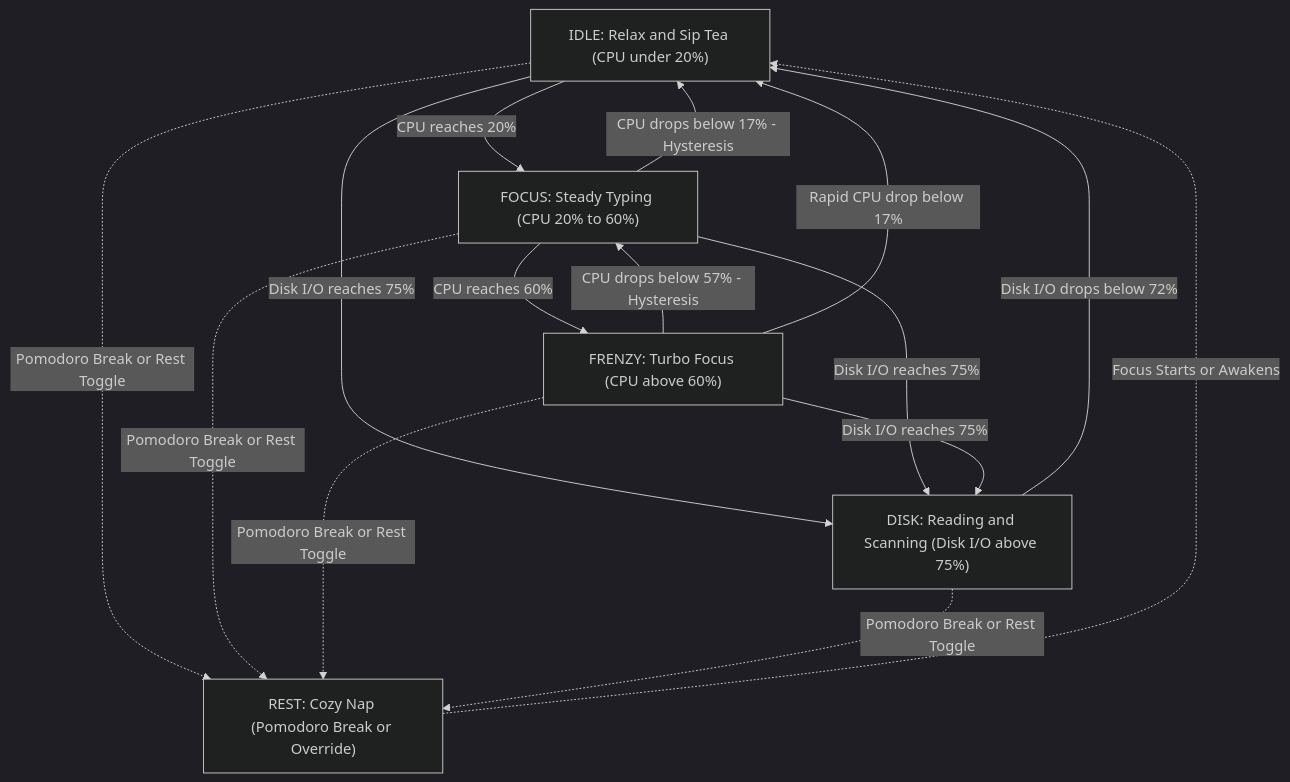
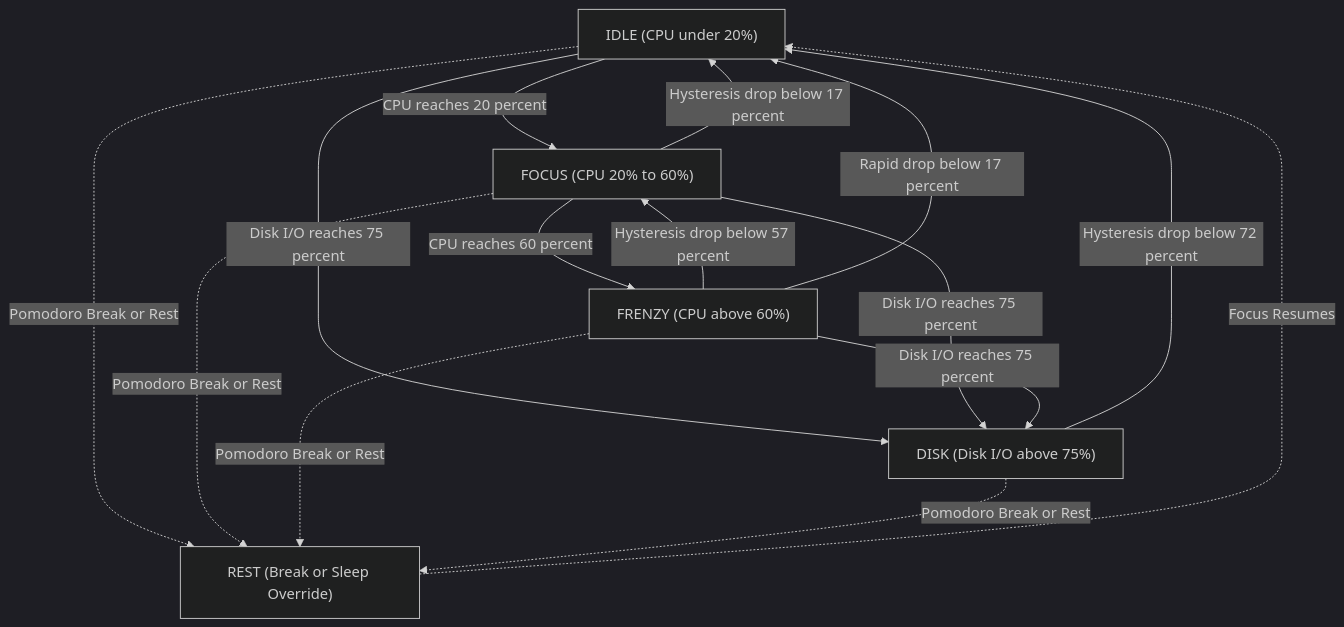
The diagram in README.md (vavinon/lofi-bun-companion), drawn with Mermaid (dark theme) before and after one commit.

Commit message:
docs(readme): simplify mermaid flowchart labels for seamless github rendering

````diff
--- a/README.md
+++ b/README.md
@@ -78,25 +78,25 @@
 ```mermaid
 flowchart TD
-    IDLE["IDLE: Relax and Sip Tea (CPU under 20%)"]
-    FOCUS["FOCUS: Steady Typing (CPU 20% to 60%)"]
-    FRENZY["FRENZY: Turbo Focus (CPU above 60%)"]
-    DISK["DISK: Reading and Scanning (Disk I/O above 75%)"]
-    REST["REST: Cozy Nap (Pomodoro Break or Override)"]
+    IDLE["IDLE (CPU under 20%)"]
+    FOCUS["FOCUS (CPU 20% to 60%)"]
+    FRENZY["FRENZY (CPU above 60%)"]
+    DISK["DISK (Disk I/O above 75%)"]
+    REST["REST (Break or Sleep Override)"]
 
-    IDLE -->|CPU reaches 20%| FOCUS
-    FOCUS -->|CPU drops below 17% - Hysteresis| IDLE
-    FOCUS -->|CPU reaches 60%| FRENZY
-    FRENZY -->|CPU drops below 57% - Hysteresis| FOCUS
-    FRENZY -->|Rapid CPU drop below 17%| IDLE
+    IDLE -->|CPU reaches 20 percent| FOCUS
+    FOCUS -->|Hysteresis drop below 17 percent| IDLE
+    FOCUS -->|CPU reaches 60 percent| FRENZY
+    FRENZY -->|Hysteresis drop below 57 percent| FOCUS
+    FRENZY -->|Rapid drop below 17 percent| IDLE
 
-    IDLE -->|Disk I/O reaches 75%| DISK
-    FOCUS -->|Disk I/O reaches 75%| DISK
-    FRENZY -->|Disk I/O reaches 75%| DISK
-    DISK -->|Disk I/O drops below 72%| IDLE
+    IDLE -->|Disk I/O reaches 75 percent| DISK
+    FOCUS -->|Disk I/O reaches 75 percent| DISK
+    FRENZY -->|Disk I/O reaches 75 percent| DISK
+    DISK -->|Hysteresis drop below 72 percent| IDLE
 
-    IDLE -.->|Pomodoro Break or Rest Toggle| REST
-    FOCUS -.->|Pomodoro Break or Rest Toggle| REST
-    FRENZY -.->|Pomodoro Break or Rest Toggle| REST
-    DISK -.->|Pomodoro Break or Rest Toggle| REST
-    REST -.->|Focus Starts or Awakens| IDLE
+    IDLE -.->|Pomodoro Break or Rest| REST
+    FOCUS -.->|Pomodoro Break or Rest| REST
+    FRENZY -.->|Pomodoro Break or Rest| REST
+    DISK -.->|Pomodoro Break or Rest| REST
+    REST -.->|Focus Resumes| IDLE
 ```
````
